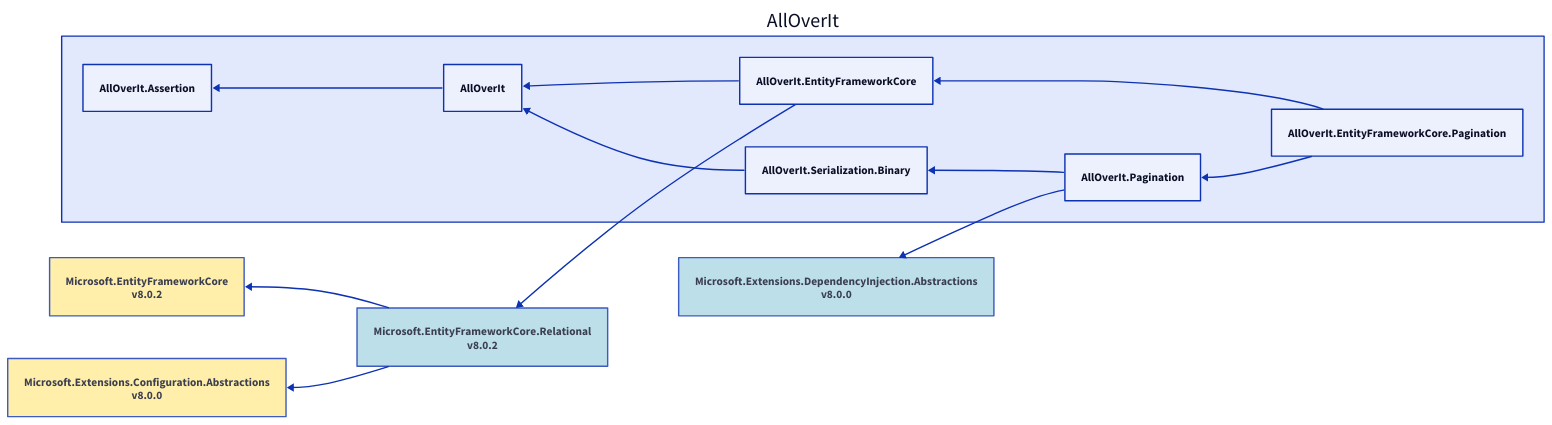
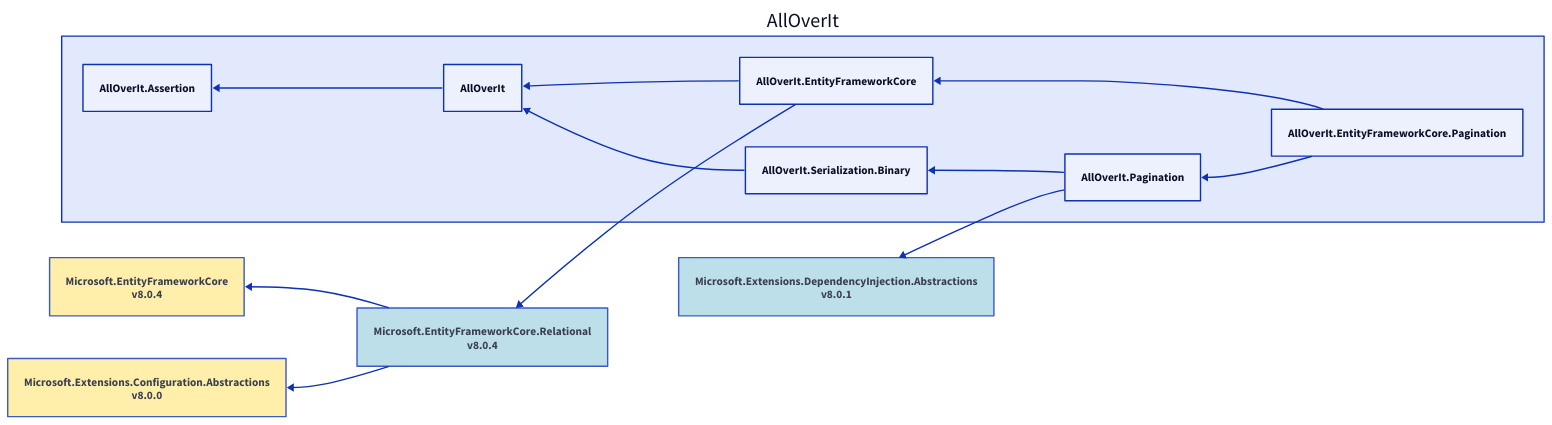
The diagram in Docs/Reference/Content/images/dependencies/net8.0/alloverit-entityframeworkcore-pagination.d2 (mjfreelancing/AllOverIt), drawn with D2 before and after one commit. The commit also changed 288 other files, not shown here.

```diff
--- a/Docs/Reference/Content/images/dependencies/net8.0/alloverit-entityframeworkcore-pagination.d2
+++ b/Docs/Reference/Content/images/dependencies/net8.0/alloverit-entityframeworkcore-pagination.d2
@@ -1,31 +1,31 @@
 direction: left
 
 aoi: AllOverIt
 aoi.alloverit-entityframeworkcore-pagination: AllOverIt.EntityFrameworkCore.Pagination
 aoi.alloverit-entityframeworkcore: AllOverIt.EntityFrameworkCore
-microsoft-entityframeworkcore-relational_8-0-2: Microsoft.EntityFrameworkCore.Relational\nv8.0.2
-microsoft-entityframeworkcore-relational_8-0-2.style.fill: "#ADD8E6"
-microsoft-entityframeworkcore-relational_8-0-2.style.opacity: 0.8
-microsoft-entityframeworkcore_8-0-2: Microsoft.EntityFrameworkCore\nv8.0.2
-microsoft-entityframeworkcore_8-0-2.style.fill: "#FFEC96"
-microsoft-entityframeworkcore_8-0-2.style.opacity: 0.8
-microsoft-entityframeworkcore_8-0-2 <- microsoft-entityframeworkcore-relational_8-0-2
+microsoft-entityframeworkcore-relational_8-0-4: Microsoft.EntityFrameworkCore.Relational\nv8.0.4
+microsoft-entityframeworkcore-relational_8-0-4.style.fill: "#ADD8E6"
+microsoft-entityframeworkcore-relational_8-0-4.style.opacity: 0.8
+microsoft-entityframeworkcore_8-0-4: Microsoft.EntityFrameworkCore\nv8.0.4
+microsoft-entityframeworkcore_8-0-4.style.fill: "#FFEC96"
+microsoft-entityframeworkcore_8-0-4.style.opacity: 0.8
+microsoft-entityframeworkcore_8-0-4 <- microsoft-entityframeworkcore-relational_8-0-4
 microsoft-extensions-configuration-abstractions_8-0-0: Microsoft.Extensions.Configuration.Abstractions\nv8.0.0
 microsoft-extensions-configuration-abstractions_8-0-0.style.fill: "#FFEC96"
 microsoft-extensions-configuration-abstractions_8-0-0.style.opacity: 0.8
-microsoft-extensions-configuration-abstractions_8-0-0 <- microsoft-entityframeworkcore-relational_8-0-2
-microsoft-entityframeworkcore-relational_8-0-2 <- aoi.alloverit-entityframeworkcore
+microsoft-extensions-configuration-abstractions_8-0-0 <- microsoft-entityframeworkcore-relational_8-0-4
+microsoft-entityframeworkcore-relational_8-0-4 <- aoi.alloverit-entityframeworkcore
 aoi.alloverit: AllOverIt
 aoi.alloverit-assertion: AllOverIt.Assertion
 aoi.alloverit-assertion <- aoi.alloverit
 aoi.alloverit <- aoi.alloverit-entityframeworkcore
 aoi.alloverit-entityframeworkcore <- aoi.alloverit-entityframeworkcore-pagination
 aoi.alloverit-pagination: AllOverIt.Pagination
-microsoft-extensions-dependencyinjection-abstractions_8-0-0: Microsoft.Extensions.DependencyInjection.Abstractions\nv8.0.0
-microsoft-extensions-dependencyinjection-abstractions_8-0-0.style.fill: "#ADD8E6"
-microsoft-extensions-dependencyinjection-abstractions_8-0-0.style.opacity: 0.8
-microsoft-extensions-dependencyinjection-abstractions_8-0-0 <- aoi.alloverit-pagination
+microsoft-extensions-dependencyinjection-abstractions_8-0-1: Microsoft.Extensions.DependencyInjection.Abstractions\nv8.0.1
+microsoft-extensions-dependencyinjection-abstractions_8-0-1.style.fill: "#ADD8E6"
+microsoft-extensions-dependencyinjection-abstractions_8-0-1.style.opacity: 0.8
+microsoft-extensions-dependencyinjection-abstractions_8-0-1 <- aoi.alloverit-pagination
 aoi.alloverit-serialization-binary: AllOverIt.Serialization.Binary
 aoi.alloverit <- aoi.alloverit-serialization-binary
 aoi.alloverit-serialization-binary <- aoi.alloverit-pagination
 aoi.alloverit-pagination <- aoi.alloverit-entityframeworkcore-pagination
```
